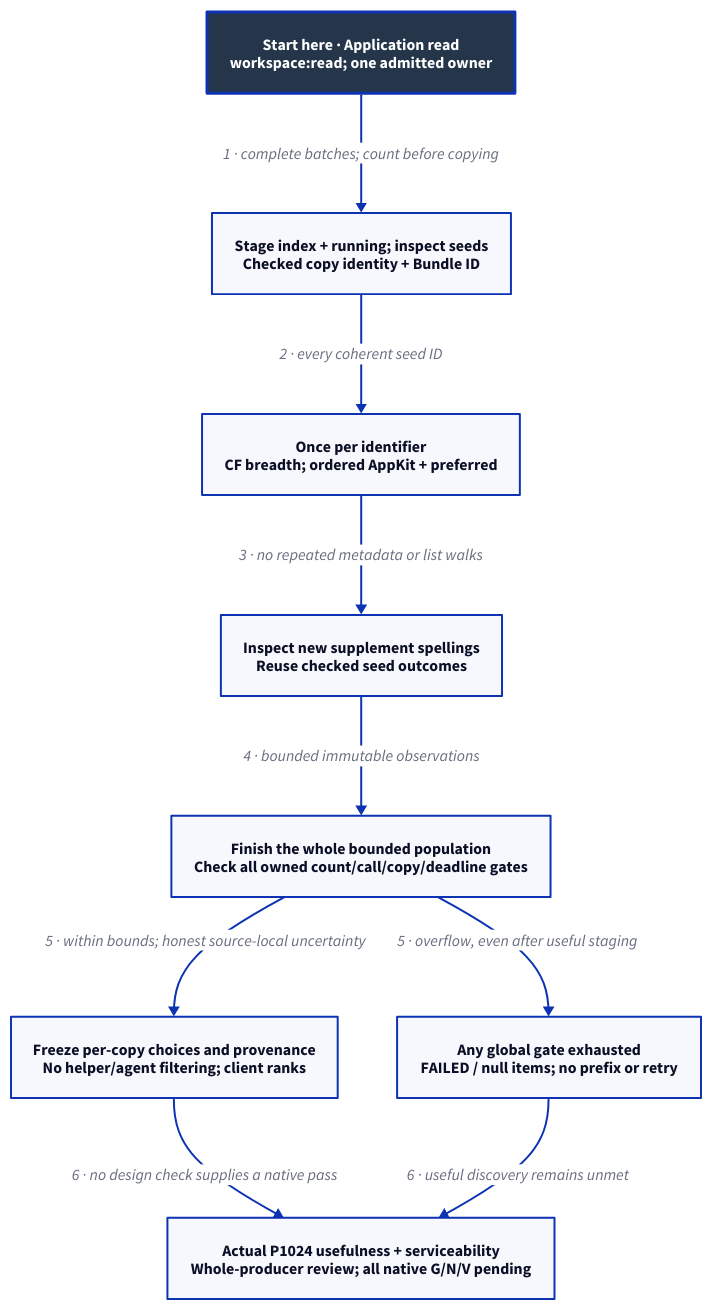
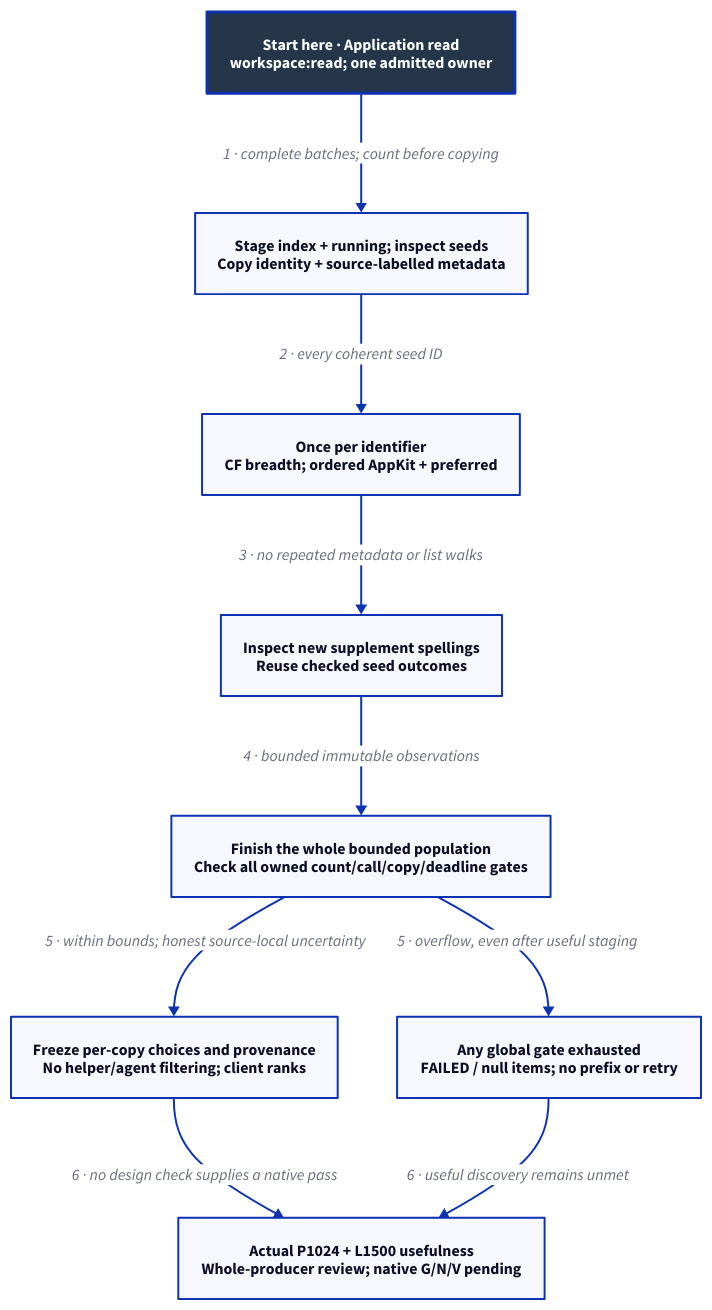
One commit to Linkuistics/Koine changed the diagram in docs/design/architecture/native-application-population.d2. Above: the diagram before and after it, drawn with D2. The commit also changed 34 other files, not shown here.

Commit message:
Design indexed long application metadata and finite source qualification (long-application-metadata-k208)

```diff
--- a/docs/design/architecture/native-application-population.d2
+++ b/docs/design/architecture/native-application-population.d2
@@ -1,21 +1,21 @@
 # Application component/activity view; proposed, no native qualification.
 direction: down
 classes: {
   start: {style: {fill: "#25364B"; font-color: "#FFFFFF"; bold: true; stroke-width: 3}}
 }
 Start: "Start here · Application read\nworkspace:read; one admitted owner" {class: start}
-Sources: "Stage index + running; inspect seeds\nChecked copy identity + Bundle ID"
+Sources: "Stage index + running; inspect seeds\nCopy identity + source-labelled metadata"
 Registration: "Once per identifier\nCF breadth; ordered AppKit + preferred"
 Inspect: "Inspect new supplement spellings\nReuse checked seed outcomes"
 Finish: "Finish the whole bounded population\nCheck all owned count/call/copy/deadline gates"
 Failure: "Any global gate exhausted\nFAILED / null items; no prefix or retry"
 Publish: "Freeze per-copy choices and provenance\nNo helper/agent filtering; client ranks"
-Qualification: "Actual P1024 usefulness + serviceability\nWhole-producer review; all native G/N/V pending"
+Qualification: "Actual P1024 + L1500 usefulness\nWhole-producer review; native G/N/V pending"
 Start -> Sources: "1 · complete batches; count before copying"
 Sources -> Registration: "2 · every coherent seed ID"
 Registration -> Inspect: "3 · no repeated metadata or list walks"
 Inspect -> Finish: "4 · bounded immutable observations"
 Finish -> Failure: "5 · overflow, even after useful staging"
 Finish -> Publish: "5 · within bounds; honest source-local uncertainty"
 Publish -> Qualification: "6 · no design check supplies a native pass"
 Failure -> Qualification: "6 · useful discovery remains unmet"
```
